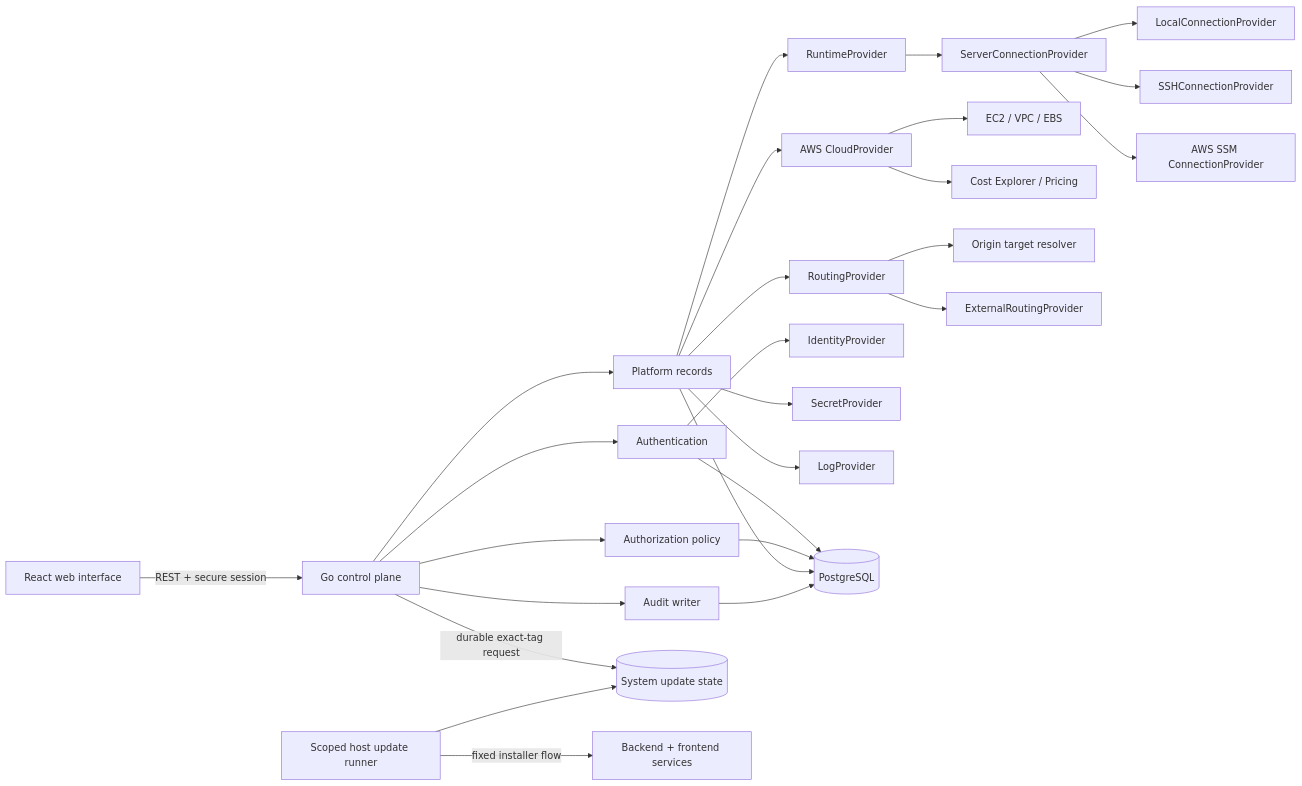
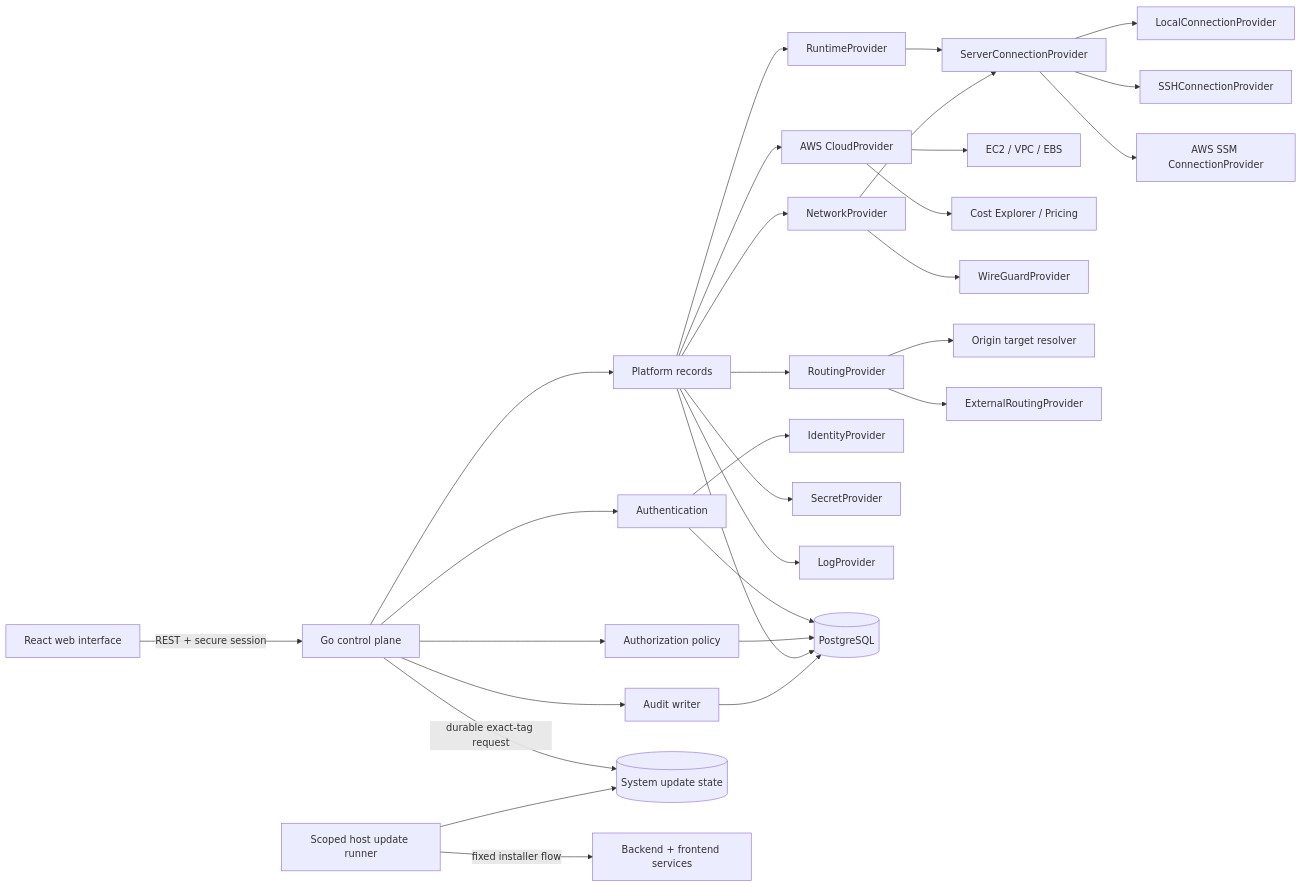
Before and after one commit to itsmangooo/Silicon: the first of 2 diagrams in ARCHITECTURE.md, drawn with Mermaid. The commit also changed other lines of this file and 63 other files, not shown here.

````diff
--- a/ARCHITECTURE.md
+++ b/ARCHITECTURE.md
@@ -5,29 +5,32 @@
 ```mermaid
 flowchart LR
     Browser[React web interface] -->|REST + secure session| API[Go control plane]
     API --> Auth[Authentication]
     API --> Policy[Authorization policy]
     API --> Platform[Platform records]
     Platform --> Runtime[RuntimeProvider]
     Runtime --> Connection[ServerConnectionProvider]
     Connection --> Local[LocalConnectionProvider]
     Connection --> SSH[SSHConnectionProvider]
     Connection --> SSM[AWS SSM ConnectionProvider]
     Platform --> Cloud[AWS CloudProvider]
     Cloud --> EC2[EC2 / VPC / EBS]
     Cloud --> Billing[Cost Explorer / Pricing]
     Platform --> Routing[RoutingProvider]
+    Platform --> PrivateNetwork[NetworkProvider]
+    PrivateNetwork --> WireGuard[WireGuardProvider]
+    PrivateNetwork --> Connection
     Routing --> Origin[Origin target resolver]
     Auth --> Identity[IdentityProvider]
     Platform --> Secret[SecretProvider]
     Platform --> Logs[LogProvider]
     Auth --> DB[(PostgreSQL)]
     Policy --> DB
     Platform --> DB
     API --> Audit[Audit writer]
     Audit --> DB
     Routing --> External[ExternalRoutingProvider]
     API -->|durable exact-tag request| UpdateDB[(System update state)]
     Updater[Scoped host update runner] --> UpdateDB
     Updater -->|fixed installer flow| Services[Backend + frontend services]
 ```
````
